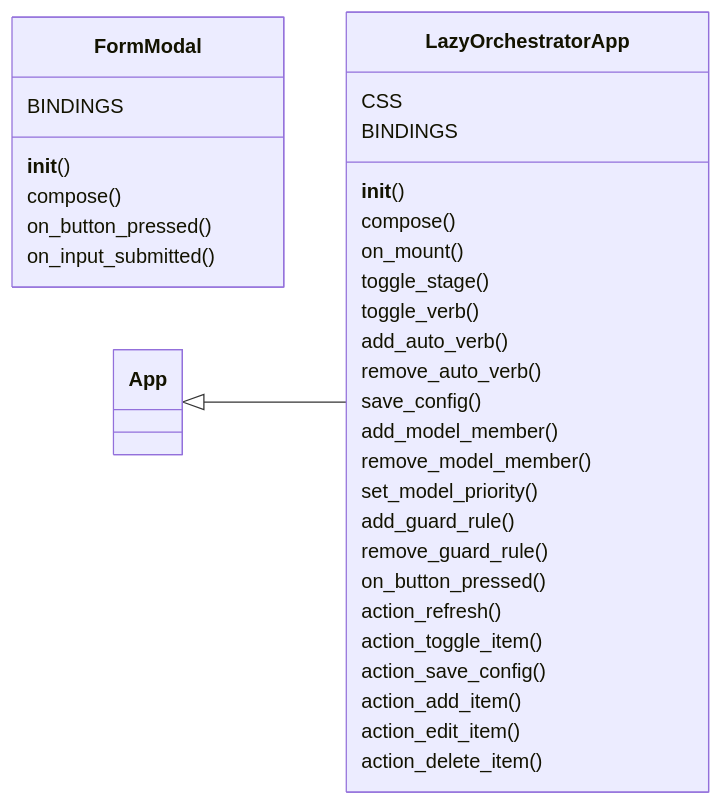
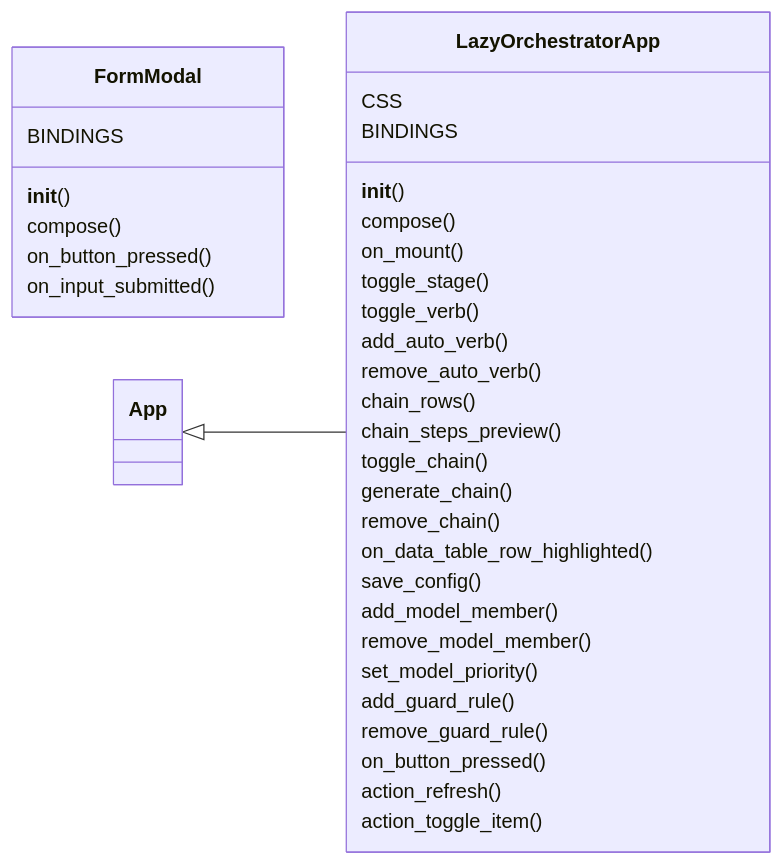
Before and after one commit to grisuno/LazyOwn: the first of 2 diagrams in readmenator-apidocs/modules/cli.lazy_orchestrator.py.md, drawn with Mermaid. The commit also changed other lines of this file and 472 other files, not shown here.

````diff
--- a/readmenator-apidocs/modules/cli.lazy_orchestrator.py.md
+++ b/readmenator-apidocs/modules/cli.lazy_orchestrator.py.md
@@ -26,35 +26,37 @@
 ```mermaid
 classDiagram
     direction LR
     class FormModal
     FormModal : BINDINGS
     FormModal : __init__()
     FormModal : compose()
     FormModal : on_button_pressed()
     FormModal : on_input_submitted()
     class LazyOrchestratorApp
     LazyOrchestratorApp : CSS
     LazyOrchestratorApp : BINDINGS
     LazyOrchestratorApp : __init__()
     LazyOrchestratorApp : compose()
     LazyOrchestratorApp : on_mount()
     LazyOrchestratorApp : toggle_stage()
     LazyOrchestratorApp : toggle_verb()
     LazyOrchestratorApp : add_auto_verb()
     LazyOrchestratorApp : remove_auto_verb()
+    LazyOrchestratorApp : chain_rows()
+    LazyOrchestratorApp : chain_steps_preview()
+    LazyOrchestratorApp : toggle_chain()
+    LazyOrchestratorApp : generate_chain()
+    LazyOrchestratorApp : remove_chain()
+    LazyOrchestratorApp : on_data_table_row_highlighted()
     LazyOrchestratorApp : save_config()
     LazyOrchestratorApp : add_model_member()
     LazyOrchestratorApp : remove_model_member()
     LazyOrchestratorApp : set_model_priority()
     LazyOrchestratorApp : add_guard_rule()
     LazyOrchestratorApp : remove_guard_rule()
     LazyOrchestratorApp : on_button_pressed()
     LazyOrchestratorApp : action_refresh()
     LazyOrchestratorApp : action_toggle_item()
-    LazyOrchestratorApp : action_save_config()
-    LazyOrchestratorApp : action_add_item()
-    LazyOrchestratorApp : action_edit_item()
-    LazyOrchestratorApp : action_delete_item()
     class App
     App <|-- LazyOrchestratorApp
 ```
````
